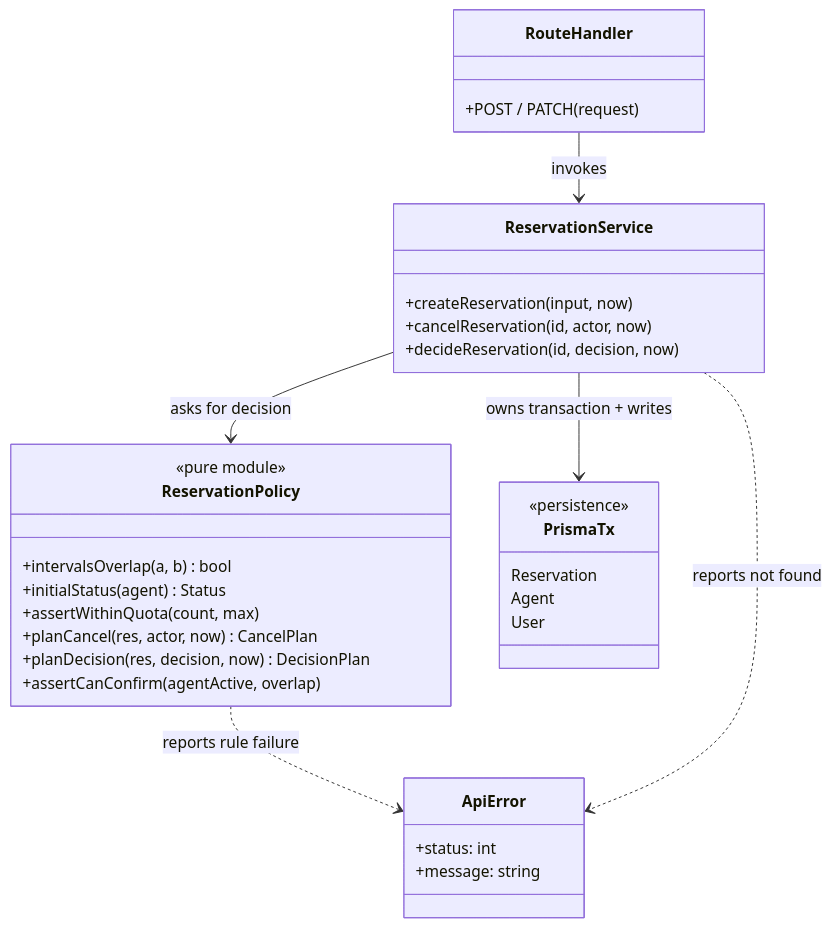
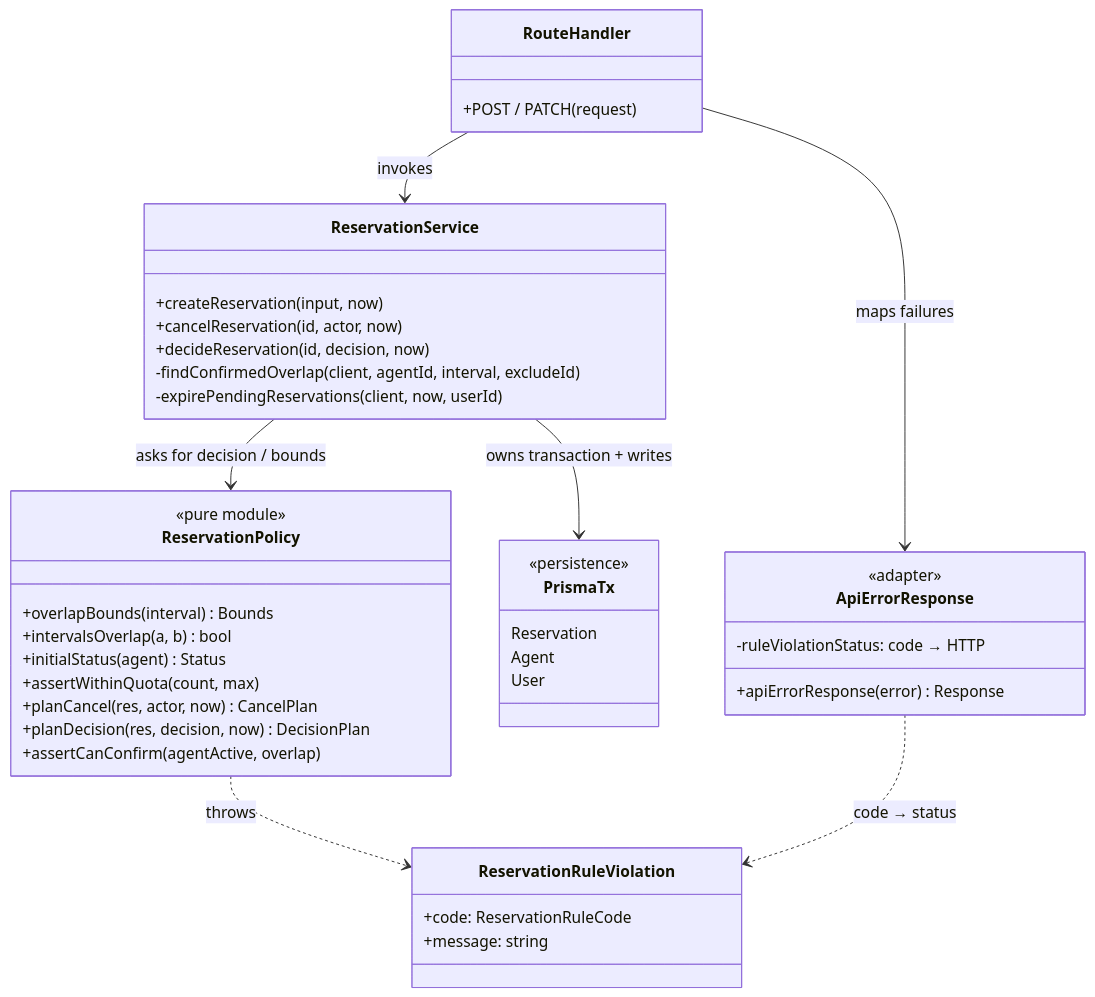
The first of 2 diagrams in docs/c05/detailed-design.md (Ten-James/swi-proj), drawn with Mermaid before and after one commit. The commit also changed other lines of this file and 14 other files, not shown here.

````diff
--- a/docs/c05/detailed-design.md
+++ b/docs/c05/detailed-design.md
@@ -94,36 +118,45 @@
 ```mermaid
 classDiagram
   class RouteHandler {
     +POST / PATCH(request)
   }
+  class ApiErrorResponse {
+    <<adapter>>
+    +apiErrorResponse(error) Response
+    -ruleViolationStatus: code → HTTP
+  }
   class ReservationService {
     +createReservation(input, now)
     +cancelReservation(id, actor, now)
     +decideReservation(id, decision, now)
+    -findConfirmedOverlap(client, agentId, interval, excludeId)
+    -expirePendingReservations(client, now, userId)
   }
   class ReservationPolicy {
     <<pure module>>
+    +overlapBounds(interval) Bounds
     +intervalsOverlap(a, b) bool
     +initialStatus(agent) Status
     +assertWithinQuota(count, max)
     +planCancel(res, actor, now) CancelPlan
     +planDecision(res, decision, now) DecisionPlan
     +assertCanConfirm(agentActive, overlap)
   }
+  class ReservationRuleViolation {
+    +code: ReservationRuleCode
+    +message: string
+  }
   class PrismaTx {
     <<persistence>>
     Reservation
     Agent
     User
   }
-  class ApiError {
-    +status: int
-    +message: string
-  }
 
   RouteHandler --> ReservationService : invokes
-  ReservationService --> ReservationPolicy : asks for decision
+  RouteHandler --> ApiErrorResponse : maps failures
+  ReservationService --> ReservationPolicy : asks for decision / bounds
   ReservationService --> PrismaTx : owns transaction + writes
-  ReservationPolicy ..> ApiError : reports rule failure
-  ReservationService ..> ApiError : reports not found
+  ReservationPolicy ..> ReservationRuleViolation : throws
+  ApiErrorResponse ..> ReservationRuleViolation : code → status
 ```
````
